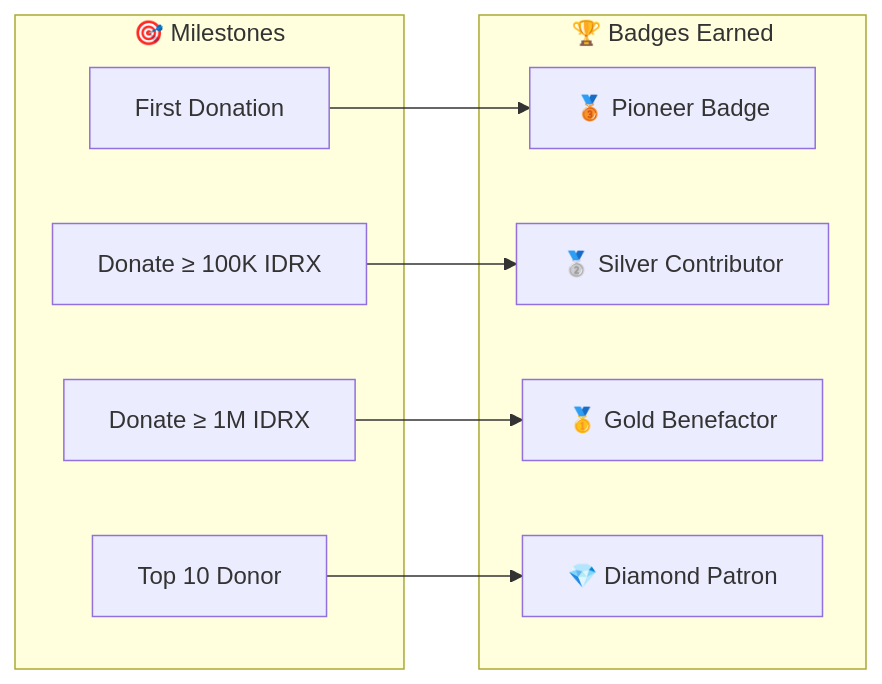
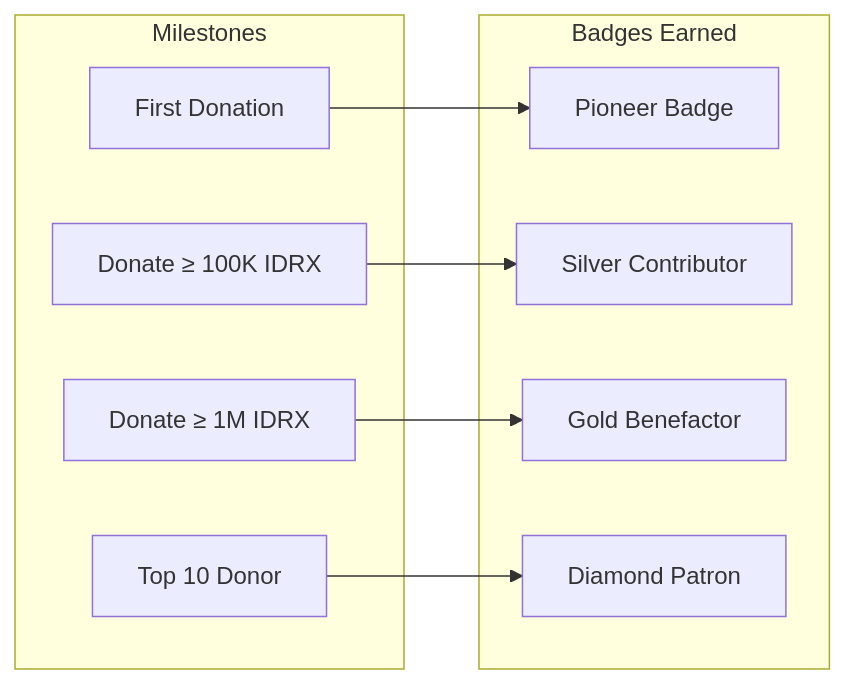
Before and after one commit to CrowdFUNding-Base/SC: the fifth of 8 diagrams in pitching/Products/8. How CrowdFUNding Works.md, drawn with Mermaid. The commit also changed other lines of this file and 12 other files, not shown here.

````diff
--- a/pitching/Products/8. How CrowdFUNding Works.md
+++ b/pitching/Products/8. How CrowdFUNding Works.md
@@ -156,21 +156,21 @@
 ```mermaid
 flowchart LR
-    subgraph Milestones["🎯 Milestones"]
+    subgraph Milestones["Milestones"]
         M1["First Donation"]
         M2["Donate ≥ 100K IDRX"]
         M3["Donate ≥ 1M IDRX"]
         M4["Top 10 Donor"]
     end
 
-    subgraph Badges["🏆 Badges Earned"]
-        B1["🥉 Pioneer Badge"]
-        B2["🥈 Silver Contributor"]
-        B3["🥇 Gold Benefactor"]
-        B4["💎 Diamond Patron"]
+    subgraph Badges["Badges Earned"]
+        B1["Pioneer Badge"]
+        B2["Silver Contributor"]
+        B3["Gold Benefactor"]
+        B4["Diamond Patron"]
     end
 
     M1 --> B1
     M2 --> B2
     M3 --> B3
     M4 --> B4
 ```
````
